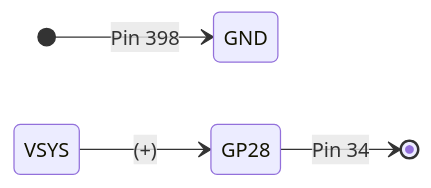
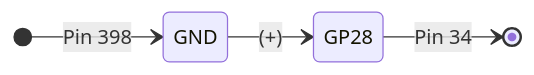
One commit to setrar/microelectronics changed the diagram in kits/sunfounder/lessons/0/README.md. Above: the diagram before and after it, drawn with Mermaid.

````diff
--- a/kits/sunfounder/lessons/0/README.md
+++ b/kits/sunfounder/lessons/0/README.md
@@ -19,7 +19,7 @@
 ```mermaid
 stateDiagram-v2
     direction LR
     [*] --> GND : Pin 398
-    VSYS --> GP28 : (+)
+    GND --> GP28 : (+)
     GP28 --> [*] : Pin 34
 ```
````
